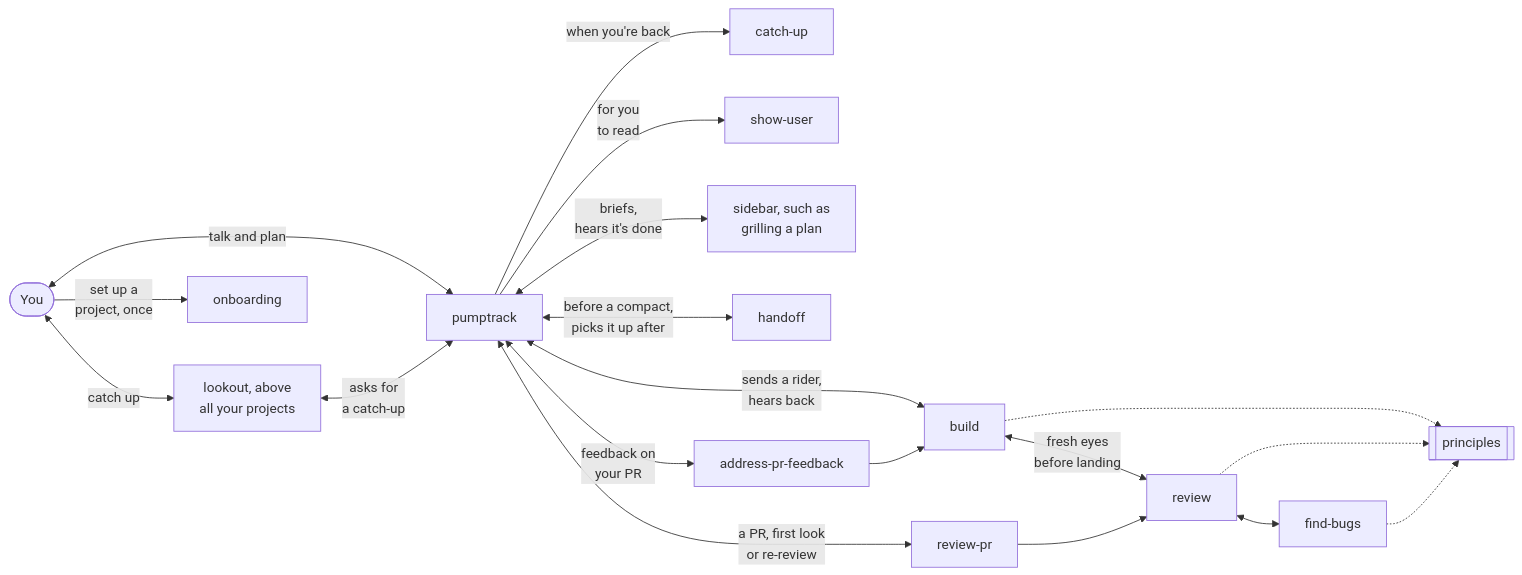
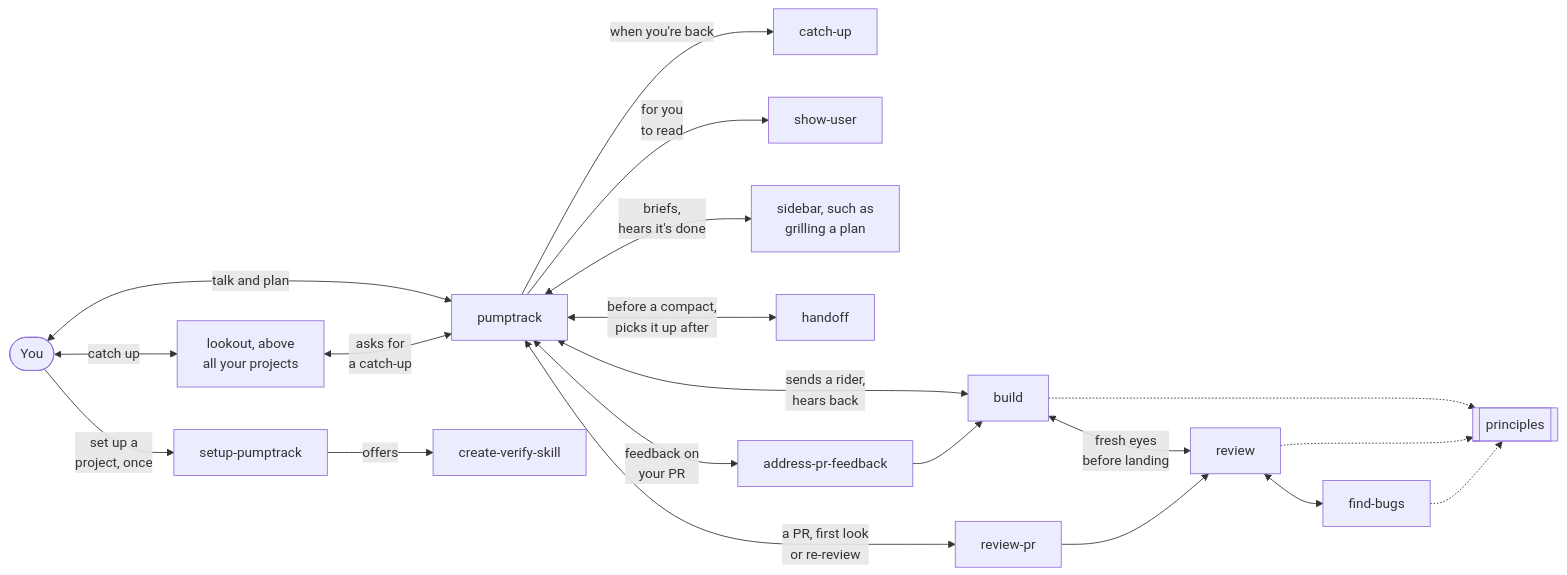
The first of 2 diagrams in README.md (brandonbews/pumptrack), drawn with Mermaid before and after one commit. The commit also changed other lines of this file and 2 other files, not shown here.

First line of the commit message:
Add setup-pumptrack and create-verify-skill

````diff
--- a/README.md
+++ b/README.md
@@ -28,21 +28,22 @@
 ```mermaid
 flowchart LR
   you(["You"]) <-->|talk and plan| pt["pumptrack"]
   you <-->|catch up| lookout["lookout, above<br/>all your projects"]
-  you -->|"set up a<br/>project, once"| onboarding["onboarding"]
+  you -->|"set up a<br/>project, once"| setup["setup-pumptrack"]
+  setup -->|offers| verify["create-verify-skill"]
   lookout <-->|"asks for<br/>a catch-up"| pt
   pt -->|"when you're back"| catchup["catch-up"]
   pt -->|"for you<br/>to read"| show["show-user"]
   pt <-->|"briefs,<br/>hears it's done"| sidebar["sidebar, such as<br/>grilling a plan"]
   pt <-->|"before a compact,<br/>picks it up after"| handoff["handoff"]
   pt <-->|"sends a rider,<br/>hears back"| build["build"]
   build <-->|"fresh eyes<br/>before landing"| review["review"]
   pt <-->|"a PR, first look<br/>or re-review"| prreview["review-pr"]
   prreview --> review
   pt <-->|"feedback on<br/>your PR"| feedback["address-pr-feedback"]
   feedback --> build
   review <--> bugs["find-bugs"]
   build -.-> principles[["principles"]]
   review -.-> principles
   bugs -.-> principles
 ```
````
